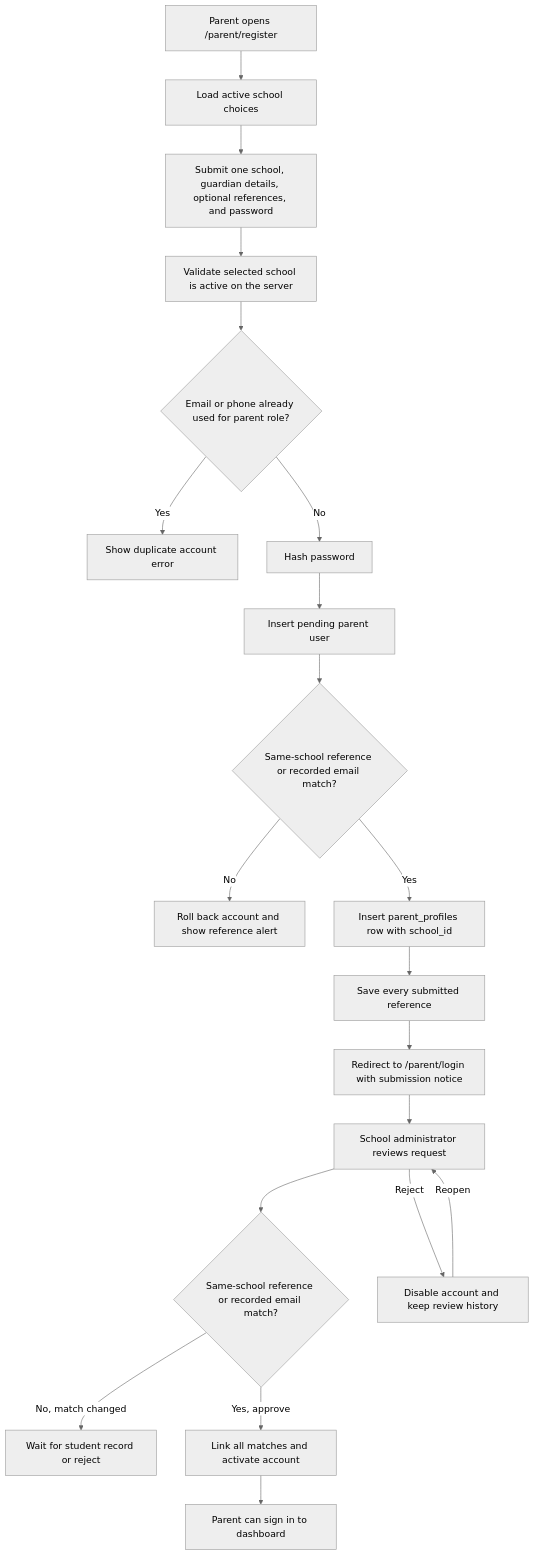
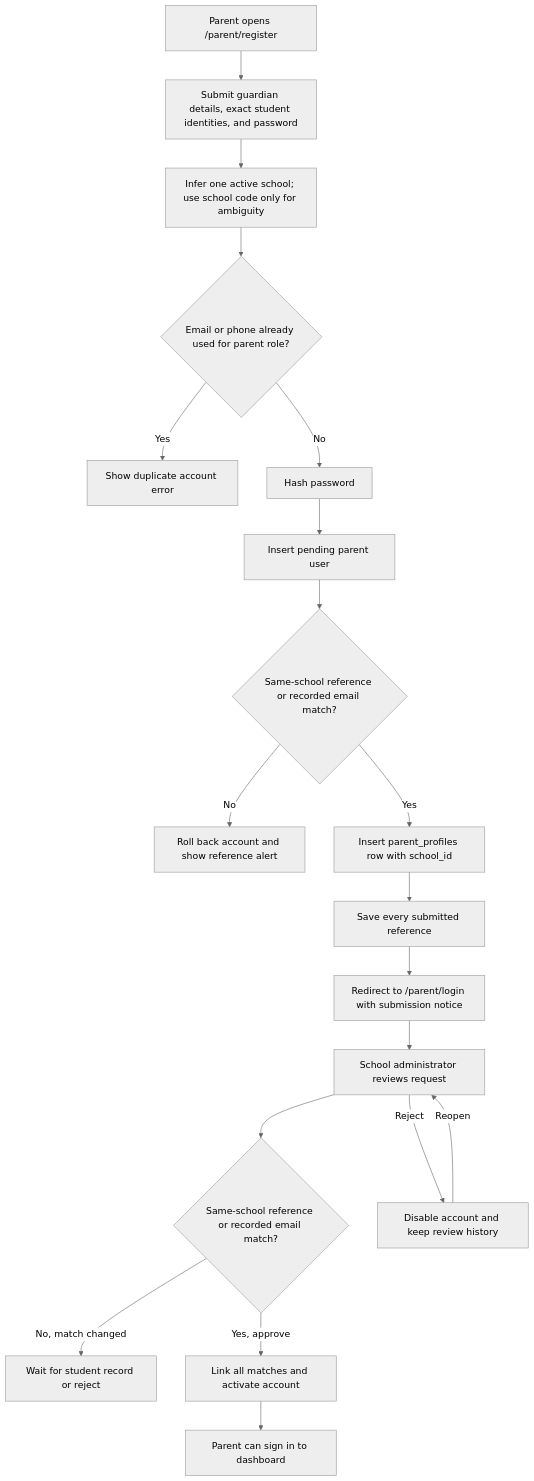
Diagram 12 of 25 in docs/PROJECT_FLOWCHARTS.md (Xeyn19/xmetapay), drawn with Mermaid (neutral theme) before and after one commit. The commit also changed other lines of this file and 32 other files, not shown here.

````diff
--- a/docs/PROJECT_FLOWCHARTS.md
+++ b/docs/PROJECT_FLOWCHARTS.md
@@ -427,22 +427,21 @@
 ```mermaid
 flowchart TD
-  A["Parent opens /parent/register"] --> B["Load active school choices"]
-  B --> C["Submit one school, guardian details, optional references, and password"]
-  C --> C2["Validate selected school is active on the server"]
+  A["Parent opens /parent/register"] --> C["Submit guardian details, exact student identities, and password"]
+  C --> C2["Infer one active school; use school code only for ambiguity"]
   C2 --> D{"Email or phone already used for parent role?"}
   D -->|Yes| E["Show duplicate account error"]
   D -->|No| F["Hash password"]
   F --> G["Insert pending parent user"]
   G --> G2{"Same-school reference or recorded email match?"}
   G2 -->|No| G3["Roll back account and show reference alert"]
   G2 -->|Yes| H["Insert parent_profiles row with school_id"]
   H --> I["Save every submitted reference"]
   I --> J["Redirect to /parent/login with submission notice"]
   J --> K["School administrator reviews request"]
   K --> L{"Same-school reference or recorded email match?"}
   L -->|No, match changed| M["Wait for student record or reject"]
   L -->|Yes, approve| N["Link all matches and activate account"]
   K -->|Reject| O["Disable account and keep review history"]
   O -->|Reopen| K
   N --> P["Parent can sign in to dashboard"]
 ```
````
